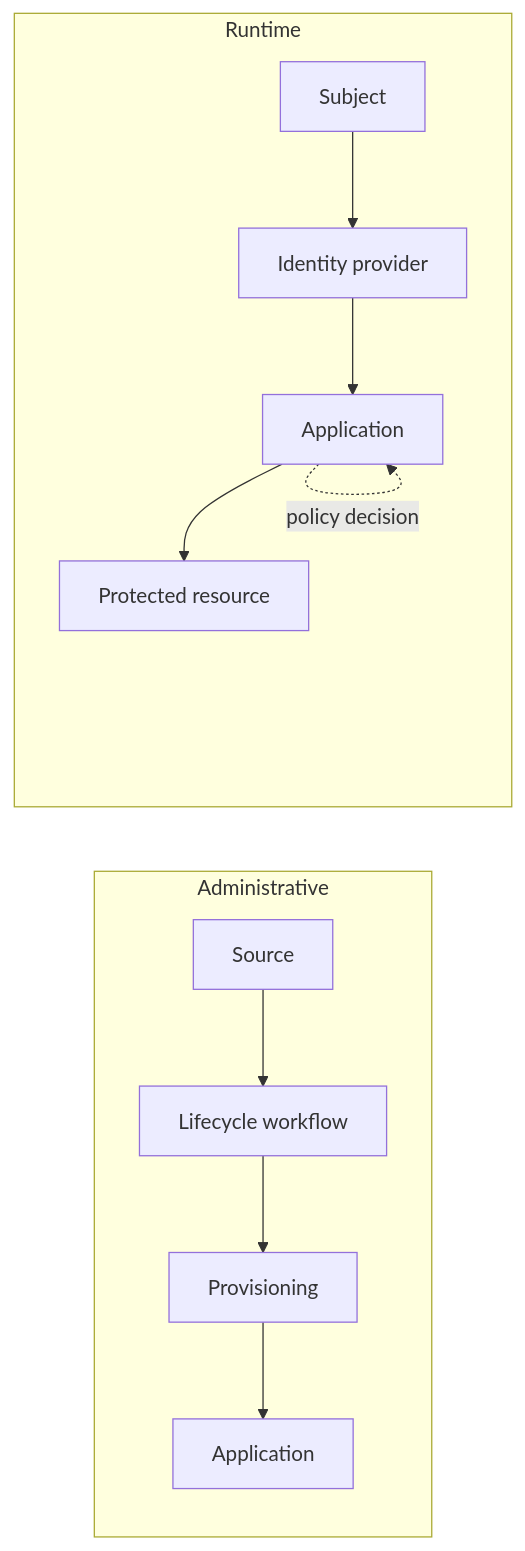
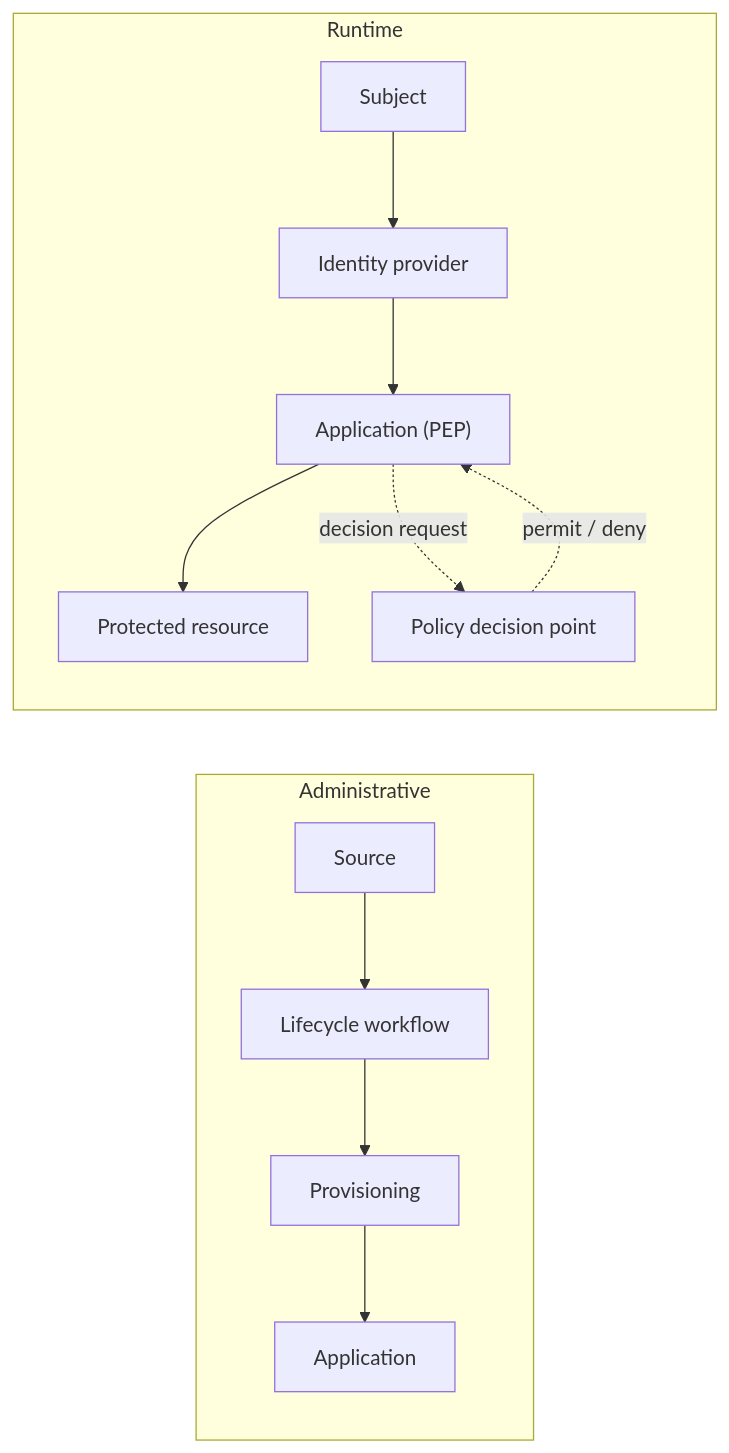
Before and after one commit to repson/iamnotroot: the diagram in content/architecture/components.md, drawn with Mermaid. The commit also changed other lines of this file and 38 other files, not shown here.

````diff
--- a/content/architecture/components.md
+++ b/content/architecture/components.md
@@ -32,10 +33,11 @@
 ```mermaid
 flowchart LR
     subgraph admin["Administrative"]
         source["Source"] --> workflow["Lifecycle workflow"] --> provisioning["Provisioning"] --> app1["Application"]
     end
     subgraph runtime["Runtime"]
-        subject["Subject"] --> idp["Identity provider"] --> app2["Application"] --> resource["Protected resource"]
-        app2 -.->|policy decision| app2
+        subject["Subject"] --> idp["Identity provider"] --> app2["Application (PEP)"] --> resource["Protected resource"]
+        app2 -.->|decision request| pdp["Policy decision point"]
+        pdp -.->|permit / deny| app2
     end
 ```
````
